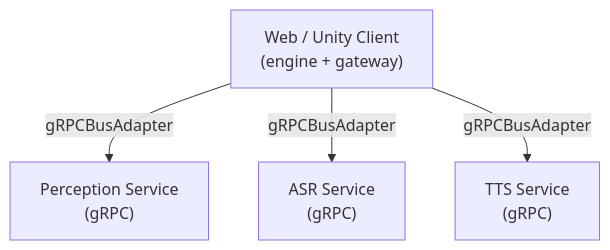
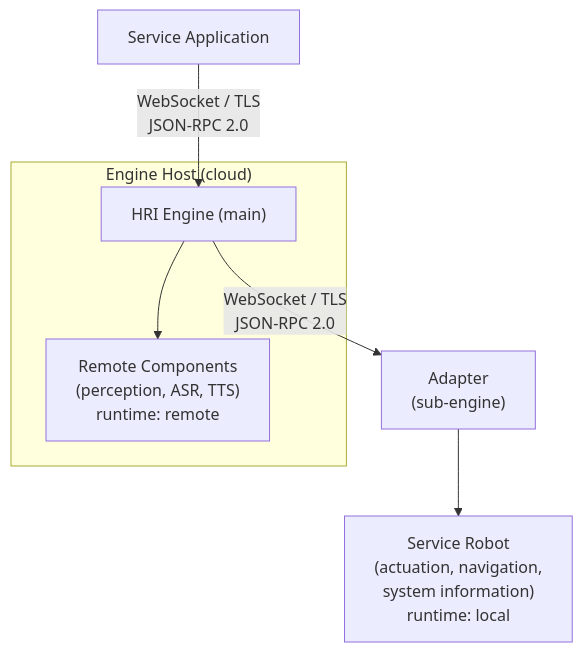
One commit to openrois/openrois changed diagram 11 of 17 in docs/white-paper.md. Above: the diagram before and after it, drawn with Mermaid. The commit also changed other lines of this file and 1 other file, not shown here.

First line of the commit message:
docs: correct engine overview and rewrite deployment topologies

````diff
--- a/docs/white-paper.md
+++ b/docs/white-paper.md
@@ -1330,7 +1333,14 @@
 ```mermaid
 flowchart TB
-    App["Web / Unity Client<br/>(engine + gateway)"]
-    App -->|"gRPCBusAdapter"| Perception["Perception Service<br/>(gRPC)"]
-    App -->|"gRPCBusAdapter"| ASR["ASR Service<br/>(gRPC)"]
-    App -->|"gRPCBusAdapter"| TTS["TTS Service<br/>(gRPC)"]
+    App["Service Application"]
+    App -->|"WebSocket / TLS<br/>JSON-RPC 2.0"| GW
+
+    subgraph Cloud["Engine Host (cloud)"]
+        GW["HRI Engine (main)"]
+        RemoteComponents["Remote Components<br/>(perception, ASR, TTS)<br/>runtime: remote"]
+        GW --> RemoteComponents
+    end
+
+    GW -->|"WebSocket / TLS<br/>JSON-RPC 2.0"| Adapter["Adapter<br/>(sub-engine)"]
+    Adapter --> Robot["Service Robot<br/>(actuation, navigation,<br/>system information)<br/>runtime: local"]
 ```
````
